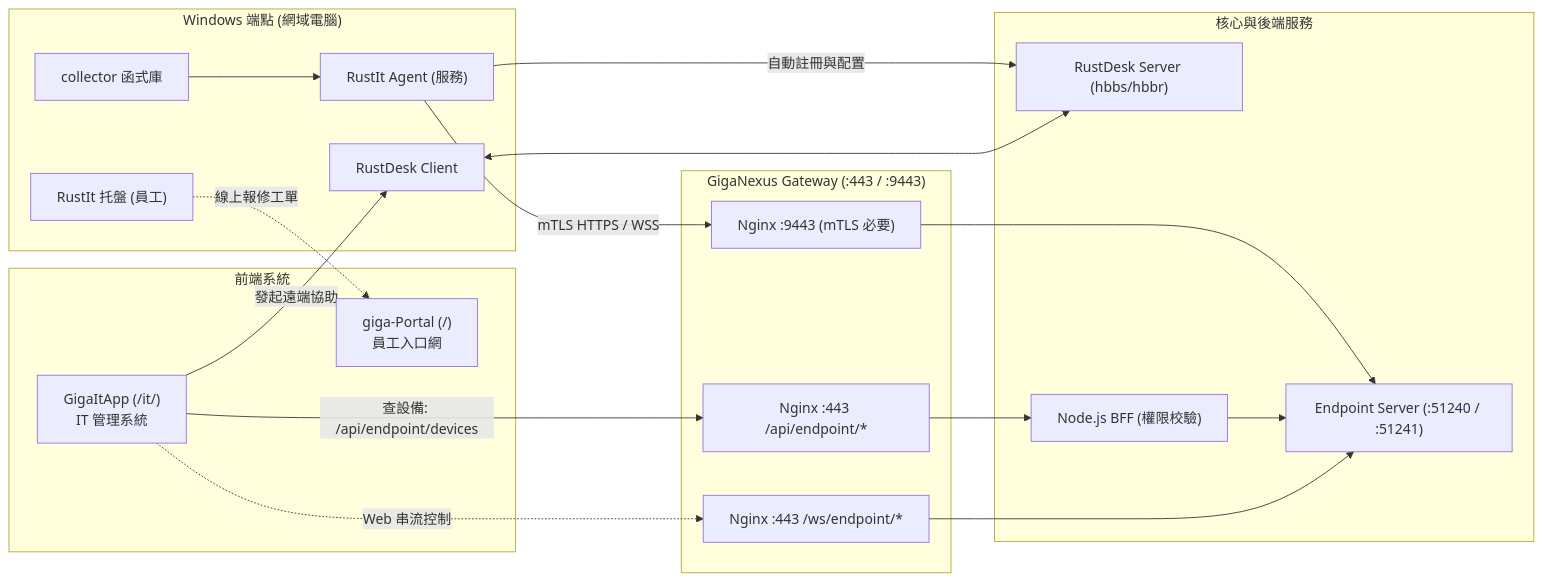
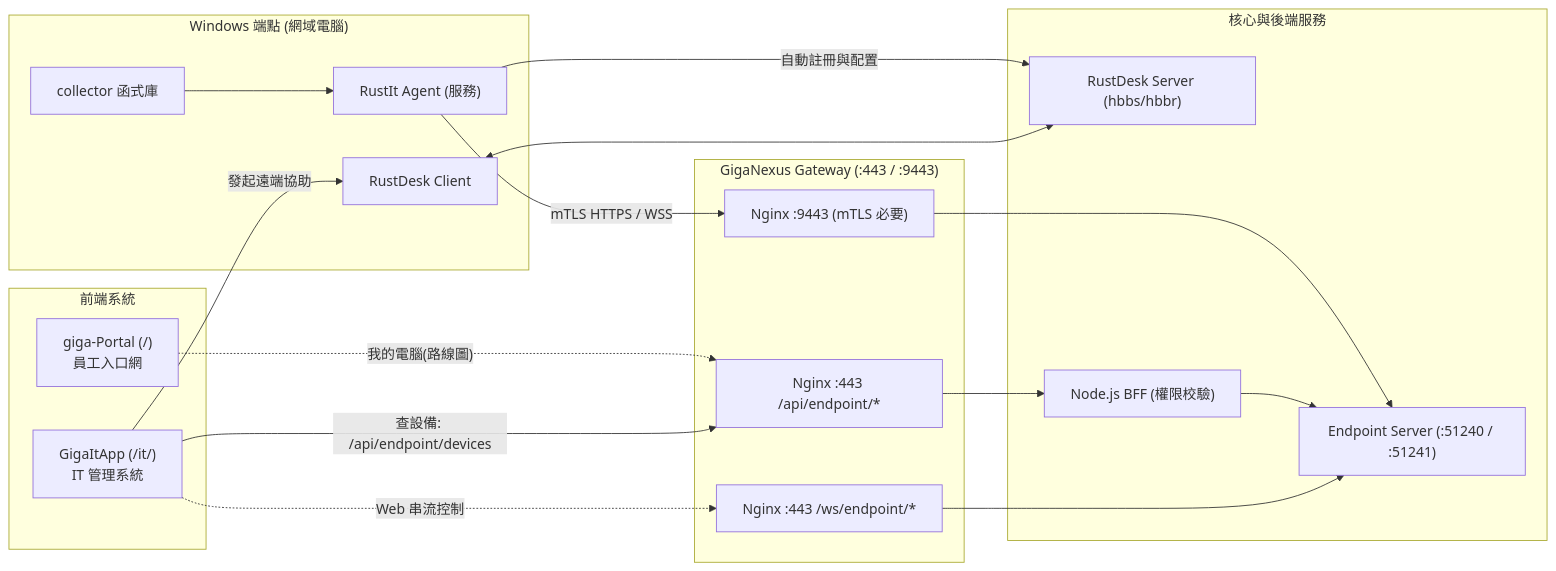
The diagram in docs/PROJECT-MAP.md (WeiWeicode/RustIt), drawn with Mermaid before and after one commit. The commit also changed other lines of this file and 7 other files, not shown here.

````diff
--- a/docs/PROJECT-MAP.md
+++ b/docs/PROJECT-MAP.md
@@ -101,35 +106,34 @@
 ```mermaid
 flowchart LR
     subgraph RustIt_Host ["Windows 端點 (網域電腦)"]
         Collector["collector 函式庫"]
         Agent["RustIt Agent (服務)"]
-        Tray["RustIt 托盤 (員工)"]
         RDC["RustDesk Client"]
     end
 
     subgraph GW ["GigaNexus Gateway (:443 / :9443)"]
         Port9443["Nginx :9443 (mTLS 必要)"]
         Port443_API["Nginx :443 /api/endpoint/*"]
         Port443_WS["Nginx :443 /ws/endpoint/*"]
     end
 
     subgraph ServerSide ["核心與後端服務"]
         EPS["Endpoint Server (:51240 / :51241)"]
         RDS["RustDesk Server (hbbs/hbbr)"]
         BFF["Node.js BFF (權限校驗)"]
     end
 
     subgraph Consoles ["前端系統"]
         ItApp["GigaItApp (/it/)<br/>IT 管理系統"]
         Portal["giga-Portal (/)<br/>員工入口網"]
     end
 
     Collector --> Agent
     Agent -->|"mTLS HTTPS / WSS"| Port9443 --> EPS
     Agent -->|"自動註冊與配置"| RDS
-    Tray -.->|"線上報修工單"| Portal
+    Portal -.->|"我的電腦(路線圖)"| Port443_API
 
     ItApp -->|"查設備: /api/endpoint/devices"| Port443_API --> BFF --> EPS
     ItApp -->|"發起遠端協助"| RDC <--> RDS
     ItApp -.->|"Web 串流控制"| Port443_WS --> EPS
 ```
````
